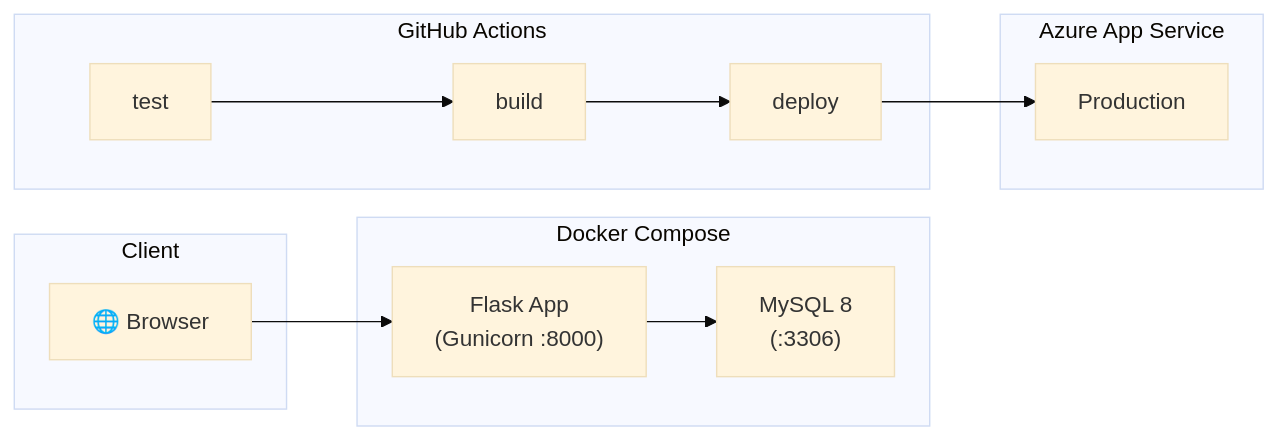
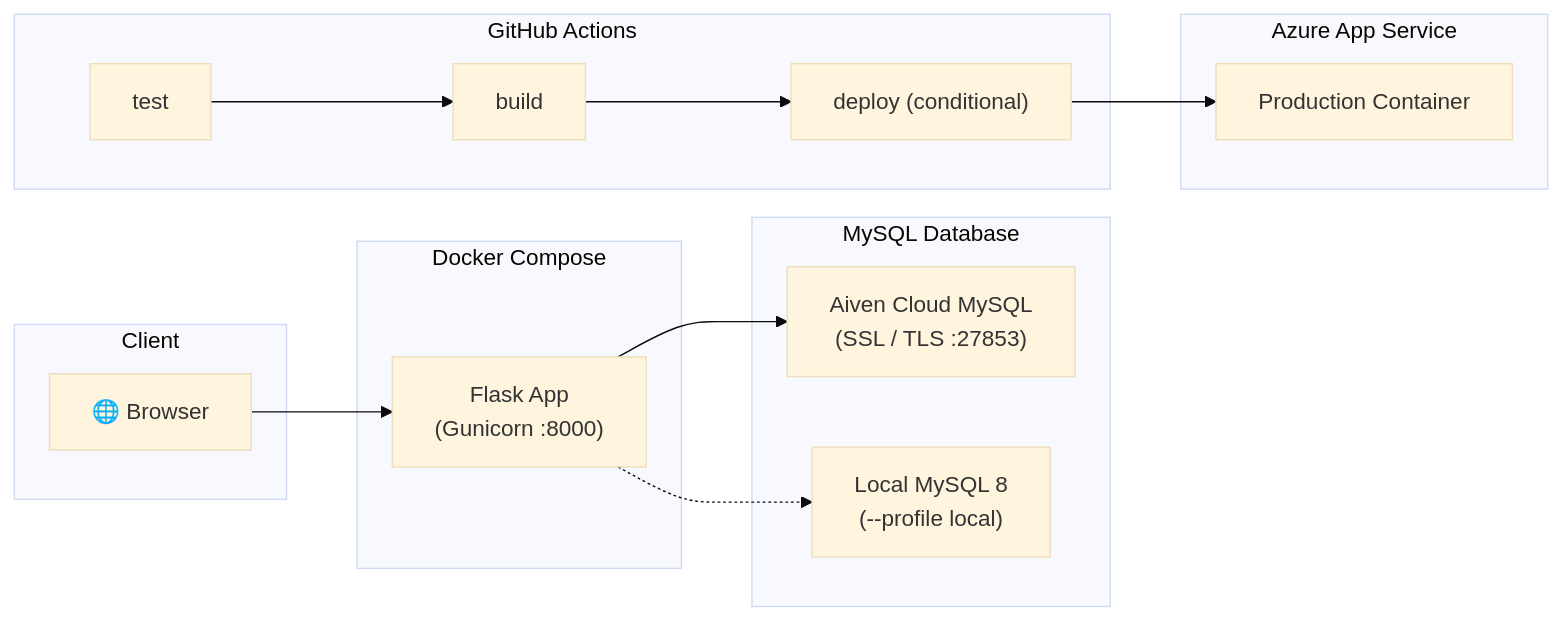
One commit to varshaa-1616/book-rental-system changed the diagram in README.md. Above: the diagram before and after it, drawn with Mermaid (base theme). The commit also changed other lines of this file, not shown here.

Commit message:
Update README with GitHub badge, repo URLs, and Aiven instructions

````diff
--- a/README.md
+++ b/README.md
@@ -11,26 +11,31 @@
 ```mermaid
 flowchart LR
     subgraph Client
         Browser["🌐 Browser"]
     end
 
     subgraph Docker["Docker Compose"]
         Flask["Flask App\n(Gunicorn :8000)"]
-        MySQL["MySQL 8\n(:3306)"]
+    end
+
+    subgraph Database["MySQL Database"]
+        Aiven["Aiven Cloud MySQL\n(SSL / TLS :27853)"]
+        LocalDB["Local MySQL 8\n(--profile local)"]
     end
 
     subgraph CI["GitHub Actions"]
         Test["test"]
         Build["build"]
-        Deploy["deploy"]
+        Deploy["deploy (conditional)"]
         Test --> Build --> Deploy
     end
 
     subgraph Azure["Azure App Service"]
-        Prod["Production"]
+        Prod["Production Container"]
     end
 
     Browser --> Flask
-    Flask --> MySQL
+    Flask --> Aiven
+    Flask -.-> LocalDB
     Deploy --> Prod
 ```
````
